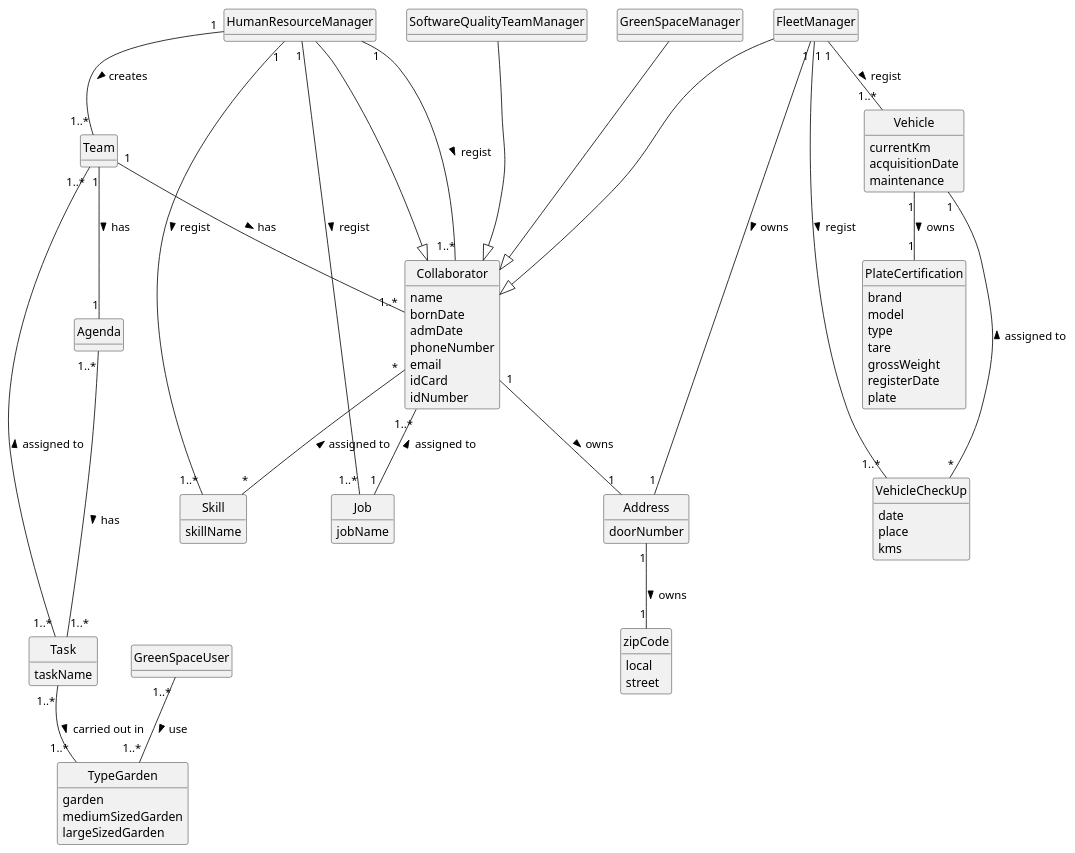
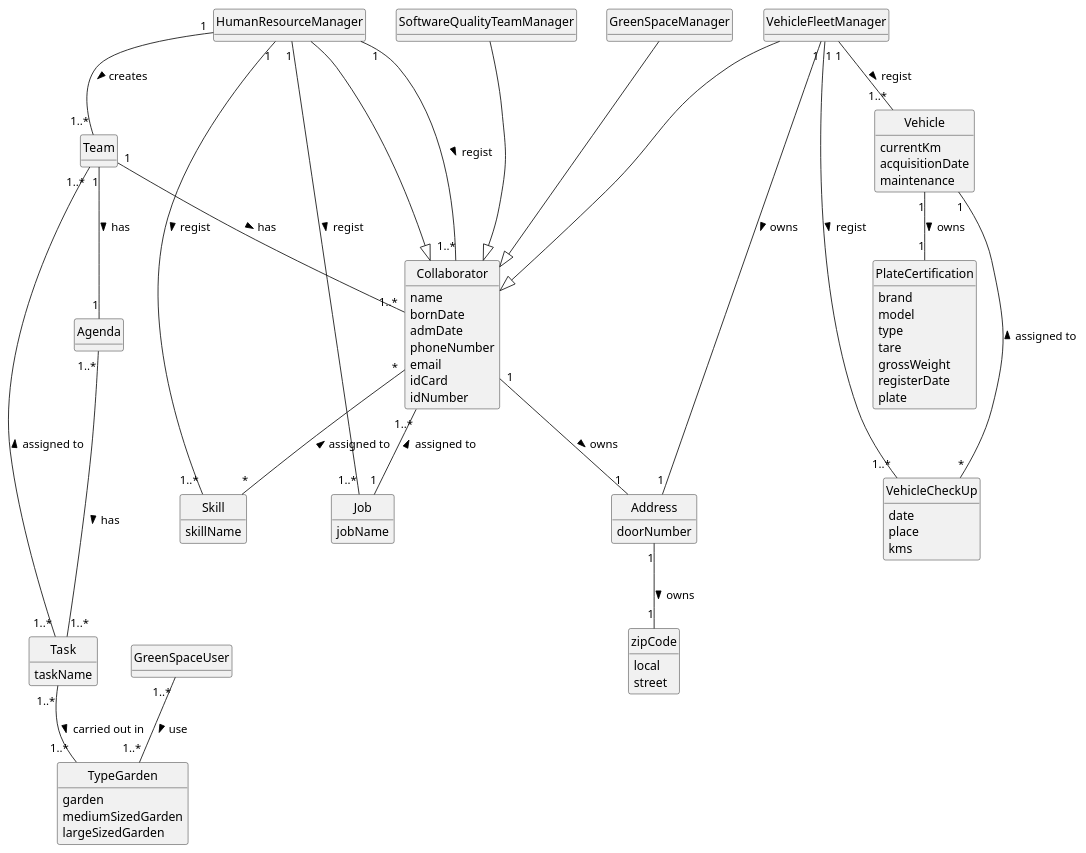
One commit to 1231360-ISEP/lei-24-s2-1db-g021 changed the diagram in docs/sprint2/global-artifacts/02.analysis/puml/project-domain-model.puml. Above: the diagram before and after it, drawn with PlantUML. The commit also changed 12 other files, not shown here.

Commit message:
Change from "Fleet Manager" and "FM" to "Vehicle Fleet Manager" and "VFM",respectively

```diff
--- a/docs/sprint2/global-artifacts/02.analysis/puml/project-domain-model.puml
+++ b/docs/sprint2/global-artifacts/02.analysis/puml/project-domain-model.puml
@@ -1,115 +1,115 @@
 @startuml
 skinparam monochrome true
 skinparam packageStyle rectangle
 skinparam shadowing false
 skinparam classAttributeIconSize 0
 hide circle
 hide methods
 
 
 class Collaborator {
     name
     bornDate
     admDate
     phoneNumber
     email
     idCard
     idNumber
 }
 
 class Address {
     doorNumber
 }
 
 class zipCode {
     local
     street
 }
 
 class HumanResourceManager {}
 
-class FleetManager {}
+class VehicleFleetManager {}
 
 class SoftwareQualityTeamManager {}
 
 class GreenSpaceManager {}
 
 class GreenSpaceUser {}
 
 class Skill {
     skillName
 }
 
 class Job {
     jobName
 }
 
 class Task {
     taskName
 }
 
 class Team {}
 
 class Vehicle {
     currentKm
     acquisitionDate
     maintenance
 }
 
 class PlateCertification {
     brand
     model
     type
     tare
     grossWeight
     registerDate
     plate
 }
 
 class VehicleCheckUp {
     date
     place
     kms
 }
 
 class TypeGarden {
     garden
     mediumSizedGarden
     largeSizedGarden
 }
 
 class Agenda {}
 
 HumanResourceManager "1" --"1..*" Skill : regist >
 HumanResourceManager "1" -- "1..*" Job : regist >
 HumanResourceManager "1" -- "1..*" Collaborator : regist >
 HumanResourceManager "1" -- "1..*" Team : creates >
 
-FleetManager ---|> Collaborator
+VehicleFleetManager ---|> Collaborator
 HumanResourceManager ---|> Collaborator
 SoftwareQualityTeamManager ---|> Collaborator
 GreenSpaceManager ---|> Collaborator
 
 Collaborator "1..*" -- "1" Job : assigned to <
 Collaborator "*" -- "*" Skill : assigned to <
 Collaborator "1" -- "1" Address: owns >
 Address "1" -- "1" zipCode : owns >
 
 Team "1" -- "1..*" Collaborator : has >
 Team "1" -- "1" Agenda : has >
 Task "1..*" -- "1..*" Team : assigned to >
 Agenda "1..*" --- "1..*" Task : has >
 
-FleetManager "1" -- "1..*" Vehicle : regist >
-FleetManager "1" -- "1..*" VehicleCheckUp : regist >
-FleetManager "1" -- "1" Address: owns >
+VehicleFleetManager "1" -- "1..*" Vehicle : regist >
+VehicleFleetManager "1" -- "1..*" VehicleCheckUp : regist >
+VehicleFleetManager "1" -- "1" Address: owns >
 
 Vehicle "1" --- "*" VehicleCheckUp : assigned to <
 Vehicle "1" -- "1" PlateCertification : owns >
 
 Task "1..*" -- "1..*" TypeGarden : carried out in >
 
 GreenSpaceUser "1..*" -- "1..*" TypeGarden : use >
 
 
 @enduml
```
